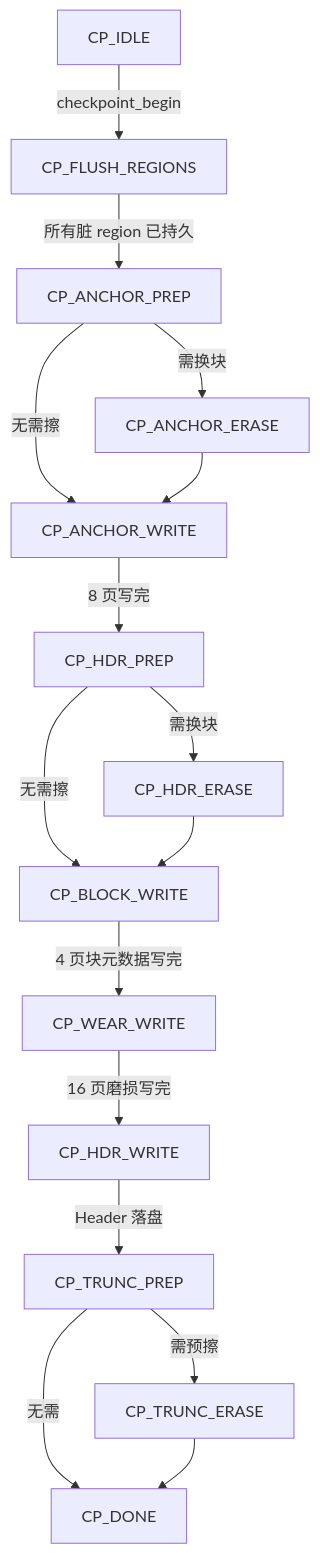
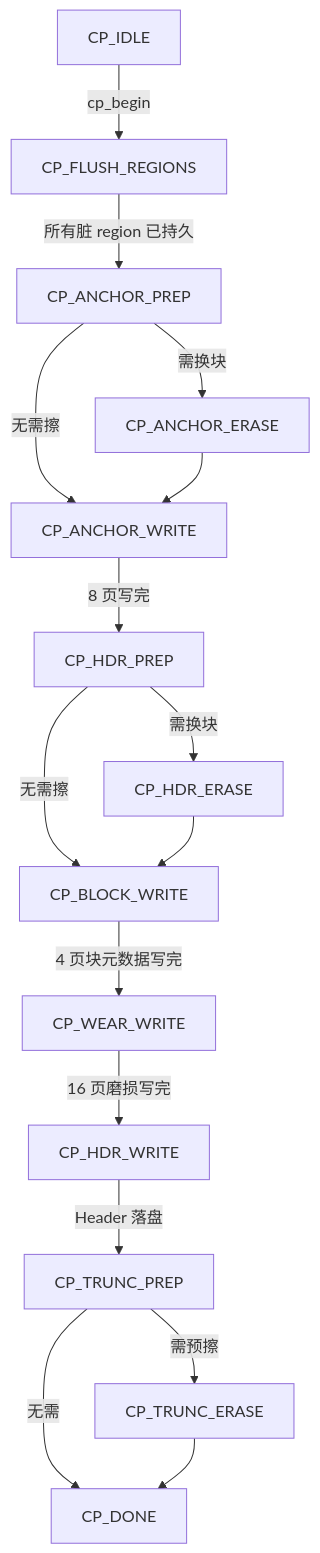
Diagram 16 of 32 in docs/design/ftl_design.md (YzYMIAO/BASESSD), drawn with Mermaid before and after one commit. The commit also changed other lines of this file and 46 other files, not shown here.

````diff
--- a/docs/design/ftl_design.md
+++ b/docs/design/ftl_design.md
@@ -2384,31 +2384,31 @@
 ```mermaid
 flowchart TD
     IDLE["CP_IDLE"]
     FLUSH["CP_FLUSH_REGIONS"]
     APREP["CP_ANCHOR_PREP"]
     AERASE["CP_ANCHOR_ERASE"]
     AWRITE["CP_ANCHOR_WRITE"]
     HPREP["CP_HDR_PREP"]
     HERASE["CP_HDR_ERASE"]
     BWRITE["CP_BLOCK_WRITE"]
     WWRITE["CP_WEAR_WRITE"]
     HWRITE["CP_HDR_WRITE"]
     TPREP["CP_TRUNC_PREP"]
     TERASE["CP_TRUNC_ERASE"]
     DONE["CP_DONE"]
-    IDLE -- "checkpoint_begin" --> FLUSH
+    IDLE -- "cp_begin" --> FLUSH
     FLUSH -- "所有脏 region 已持久" --> APREP
     APREP -- "需换块" --> AERASE
     APREP -- "无需擦" --> AWRITE
     AERASE --> AWRITE
     AWRITE -- "8 页写完" --> HPREP
     HPREP -- "需换块" --> HERASE
     HPREP -- "无需擦" --> BWRITE
     HERASE --> BWRITE
     BWRITE -- "4 页块元数据写完" --> WWRITE
     WWRITE -- "16 页磨损写完" --> HWRITE
     HWRITE -- "Header 落盘" --> TPREP
     TPREP -- "需预擦" --> TERASE
     TPREP -- "无需" --> DONE
     TERASE --> DONE
 ```
````
